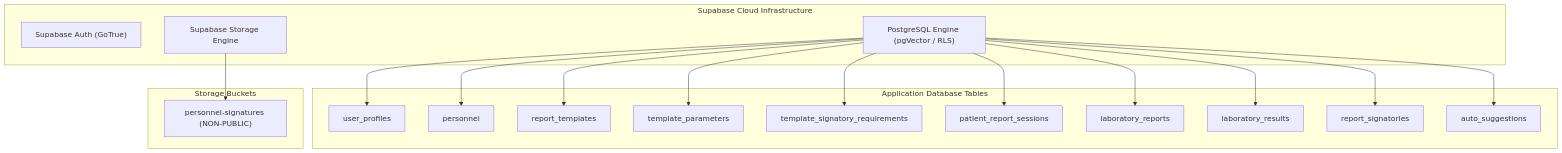
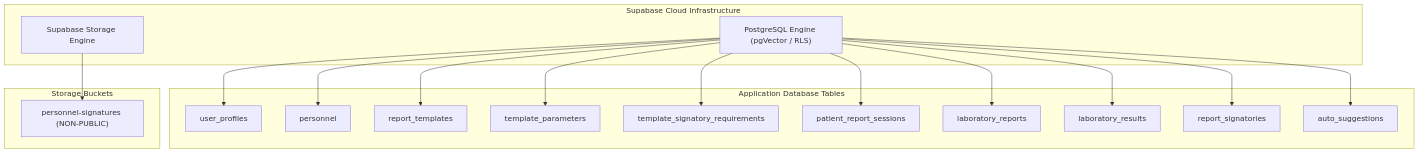
One commit to nicolaseugenio2022-cyber/St-rose-laboratory-result-management-system changed the first of 3 diagrams in architecture/PRODUCTION_DEPLOYMENT_ARCHITECTURE.md. Above: the diagram before and after it, drawn with Mermaid. The commit also changed other lines of this file and 57 other files, not shown here.

````diff
--- a/architecture/PRODUCTION_DEPLOYMENT_ARCHITECTURE.md
+++ b/architecture/PRODUCTION_DEPLOYMENT_ARCHITECTURE.md
@@ -62,28 +62,27 @@
 ```mermaid
 graph TD
     subgraph "Supabase Cloud Infrastructure"
-        Auth["Supabase Auth (GoTrue)"]
         PostgreSQL["PostgreSQL Engine (pgVector / RLS)"]
         Storage["Supabase Storage Engine"]
     end
 
     subgraph "Application Database Tables"
         T1["user_profiles"]
         T2["personnel"]
         T3["report_templates"]
         T4["template_parameters"]
         T5["template_signatory_requirements"]
         T6["patient_report_sessions"]
         T7["laboratory_reports"]
         T8["laboratory_results"]
         T9["report_signatories"]
         T10["auto_suggestions"]
     end
 
     subgraph "Storage Buckets"
         B1["personnel-signatures (NON-PUBLIC)"]
     end
 
     PostgreSQL --> T1 & T2 & T3 & T4 & T5 & T6 & T7 & T8 & T9 & T10
     Storage --> B1
 ```
````
